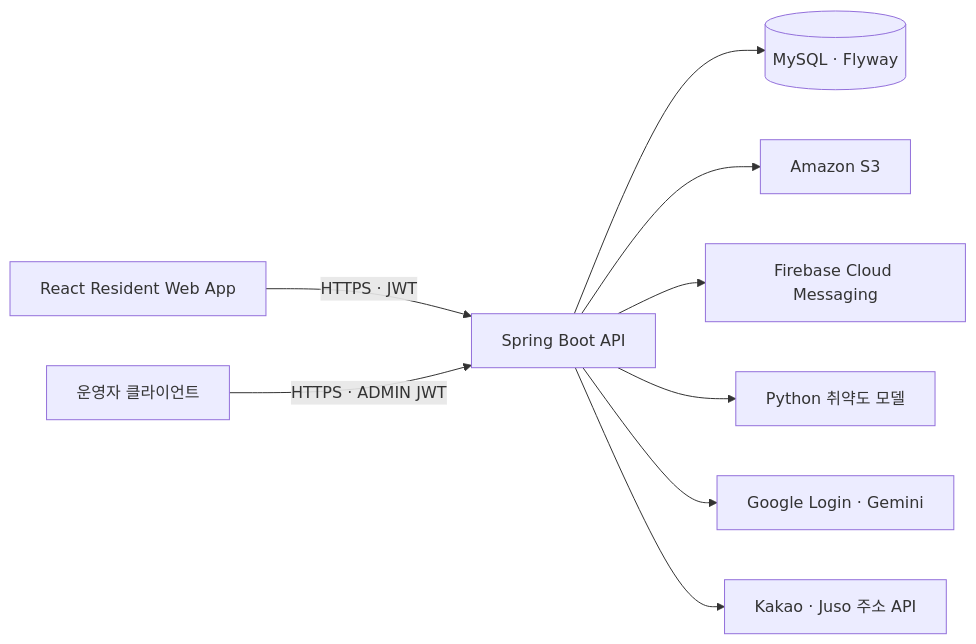
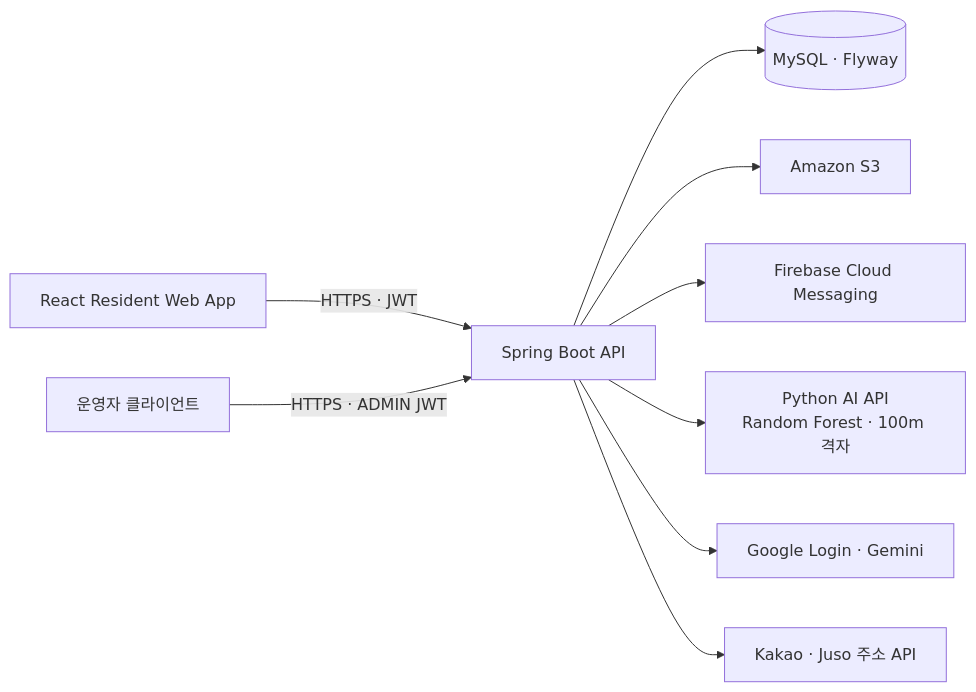
Before and after one commit to CUK-FLOUT/flout-server: the second of 4 diagrams in README.md, drawn with Mermaid. The commit also changed other lines of this file and 1 other file, not shown here.

````diff
--- a/README.md
+++ b/README.md
@@ -63,11 +67,11 @@
 ```mermaid
 flowchart LR
     W["React Resident Web App"] -->|"HTTPS · JWT"| A["Spring Boot API"]
     O["운영자 클라이언트"] -->|"HTTPS · ADMIN JWT"| A
     A --> D[("MySQL · Flyway")]
     A --> S["Amazon S3"]
     A --> F["Firebase Cloud Messaging"]
-    A --> P["Python 취약도 모델"]
+    A --> P["Python AI API<br/>Random Forest · 100m 격자"]
     A --> G["Google Login · Gemini"]
     A --> K["Kakao · Juso 주소 API"]
 ```
````
